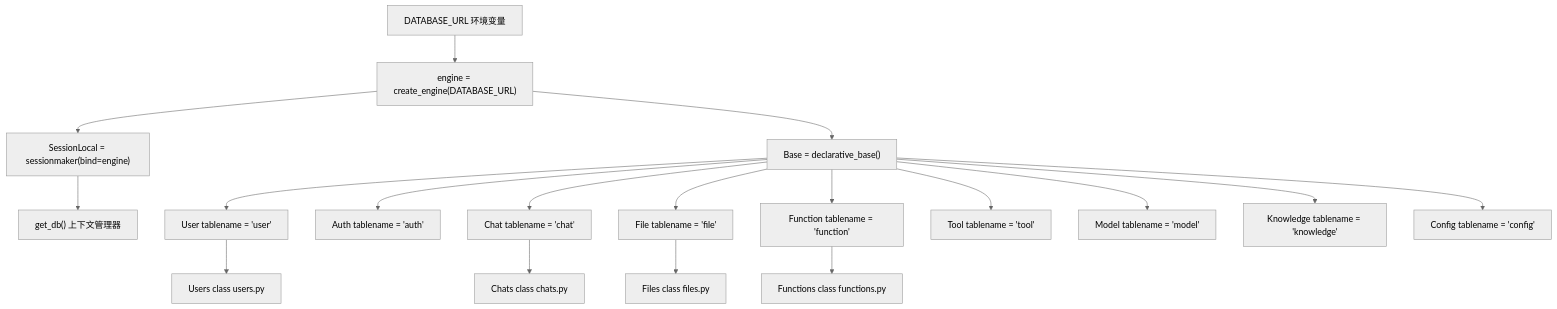
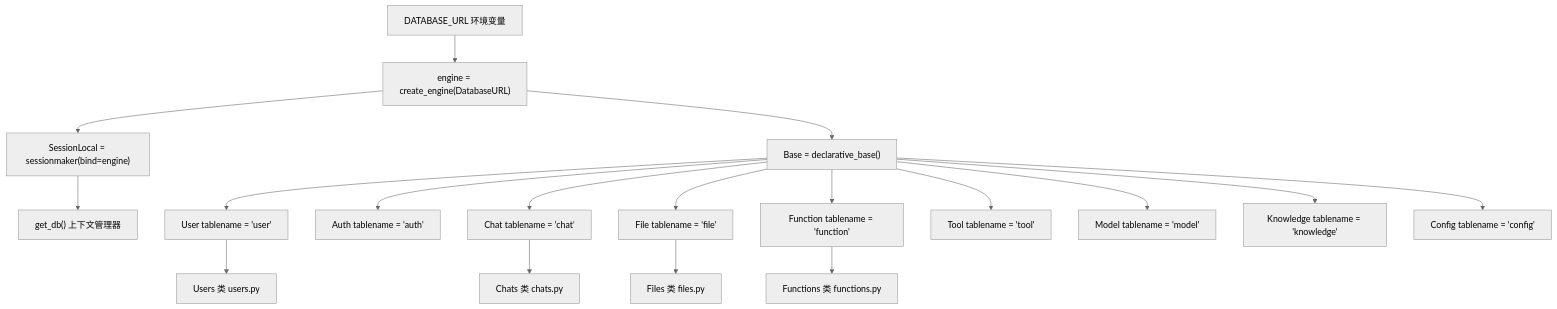
The fourth of 9 diagrams in tests/open-webui_deepwiki/zh/2-architecture-overview.md (Chesszyh/Wiki), drawn with Mermaid (neutral theme) before and after one commit. The commit also changed other lines of this file and 234 other files, not shown here.

````diff
--- a/tests/open-webui_deepwiki/zh/2-architecture-overview.md
+++ b/tests/open-webui_deepwiki/zh/2-architecture-overview.md
@@ -360,39 +301,39 @@
 ```mermaid
 flowchart TD
     DatabaseURL["DATABASE_URL 环境变量"]
-    Engine["engine = create_engine(DATABASE_URL)"]
+    Engine["engine = create_engine(DatabaseURL)"]
     Base["Base = declarative_base()"]
     SessionMaker["SessionLocal = sessionmaker(bind=engine)"]
     ContextMgr["get_db() 上下文管理器"]
     User["User tablename = 'user'"]
     Auth["Auth tablename = 'auth'"]
     Chat["Chat tablename = 'chat'"]
     File["File tablename = 'file'"]
     Function["Function tablename = 'function'"]
     Tool["Tool tablename = 'tool'"]
     Model["Model tablename = 'model'"]
     Knowledge["Knowledge tablename = 'knowledge'"]
     Config["Config tablename = 'config'"]
-    UsersClass["Users class users.py"]
-    ChatsClass["Chats class chats.py"]
-    FilesClass["Files class files.py"]
-    FunctionsClass["Functions class functions.py"]
+    UsersClass["Users 类 users.py"]
+    ChatsClass["Chats 类 chats.py"]
+    FilesClass["Files 类 files.py"]
+    FunctionsClass["Functions 类 functions.py"]
 
     DatabaseURL --> Engine
     Engine --> Base
     Engine --> SessionMaker
     SessionMaker --> ContextMgr
     Base --> User
     Base --> Auth
     Base --> Chat
     Base --> File
     Base --> Function
     Base --> Tool
     Base --> Model
     Base --> Knowledge
     Base --> Config
     User --> UsersClass
     Chat --> ChatsClass
     File --> FilesClass
     Function --> FunctionsClass
 ```
````
